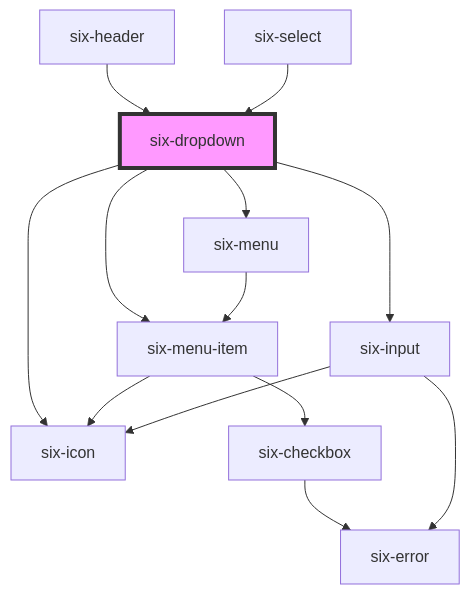
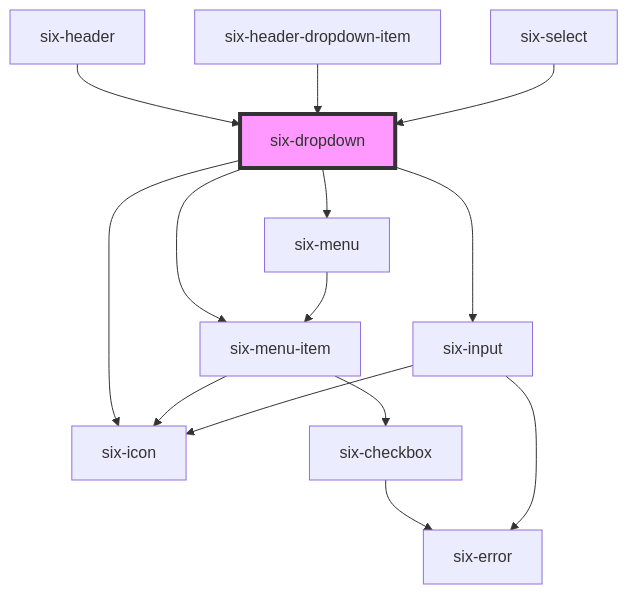
One commit to six-group/six-webcomponents changed the diagram in libraries/ui-library/src/components/six-dropdown/readme.md. Above: the diagram before and after it, drawn with Mermaid. The commit also changed other lines of this file and 75 other files, not shown here.

````diff
--- a/libraries/ui-library/src/components/six-dropdown/readme.md
+++ b/libraries/ui-library/src/components/six-dropdown/readme.md
@@ -111,16 +112,17 @@
 ```mermaid
 graph TD;
   six-dropdown --> six-menu-item
   six-dropdown --> six-input
   six-dropdown --> six-icon
   six-dropdown --> six-menu
   six-menu-item --> six-checkbox
   six-menu-item --> six-icon
   six-checkbox --> six-error
   six-input --> six-icon
   six-input --> six-error
   six-menu --> six-menu-item
   six-header --> six-dropdown
+  six-header-dropdown-item --> six-dropdown
   six-select --> six-dropdown
   style six-dropdown fill:#f9f,stroke:#333,stroke-width:4px
 ```
````
